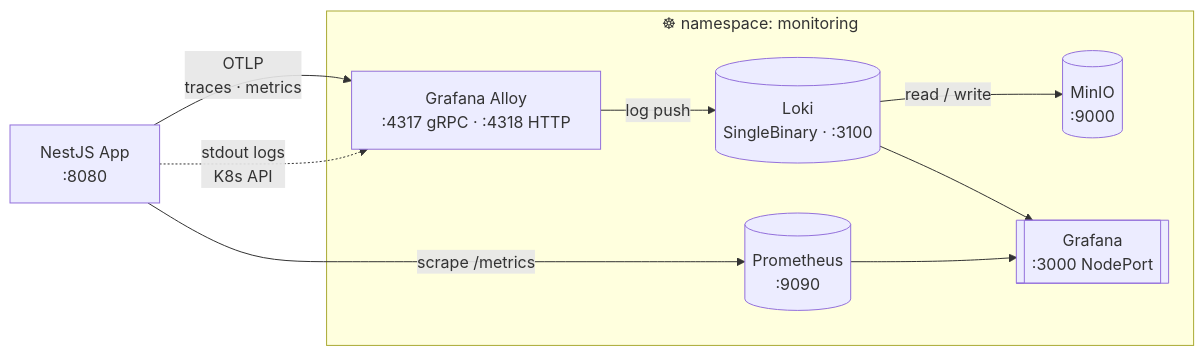
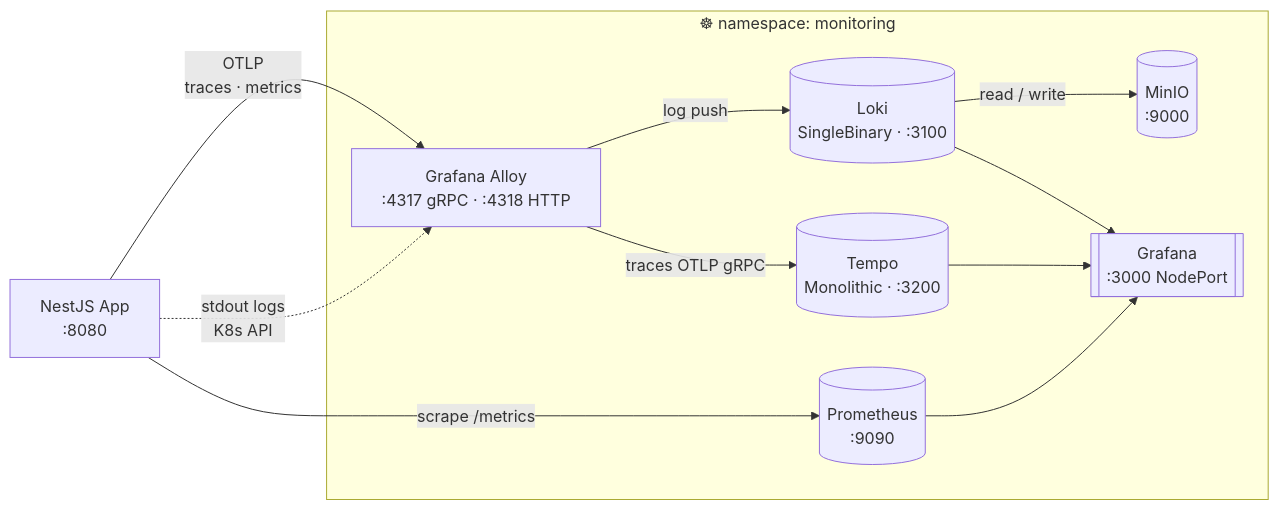
The first of 6 diagrams in README.md (shhan-ops/sigmon-tutorial), drawn with Mermaid before and after one commit. The commit also changed other lines of this file, not shown here.

````diff
--- a/README.md
+++ b/README.md
@@ -25,21 +25,24 @@
 ```mermaid
 flowchart LR
     APP["NestJS App<br/>:8080"]
 
     subgraph monitoring["☸ namespace: monitoring"]
         ALLOY["Grafana Alloy<br/>:4317 gRPC · :4318 HTTP"]
         LOKI[("Loki<br/>SingleBinary · :3100")]
+        TEMPO[("Tempo<br/>Monolithic · :3200")]
         MINIO[("MinIO<br/>:9000")]
         PROM[("Prometheus<br/>:9090")]
         GRAFANA[["Grafana<br/>:3000 NodePort"]]
 
         ALLOY -->|"log push"| LOKI
+        ALLOY -->|"traces OTLP gRPC"| TEMPO
         LOKI -->|"read / write"| MINIO
         PROM --> GRAFANA
         LOKI --> GRAFANA
+        TEMPO --> GRAFANA
     end
 
     APP -->|"OTLP<br/>traces · metrics"| ALLOY
     APP -.->|"stdout logs<br/>K8s API"| ALLOY
     APP -->|"scrape /metrics"| PROM
 ```
````
